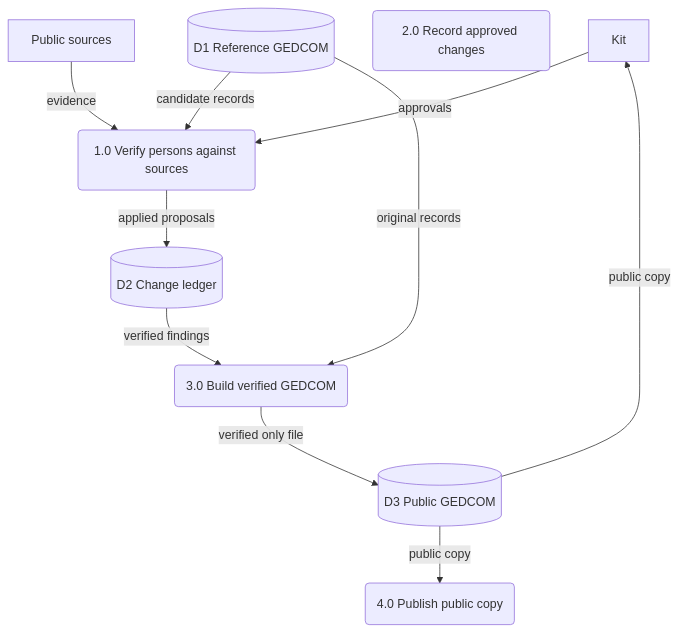
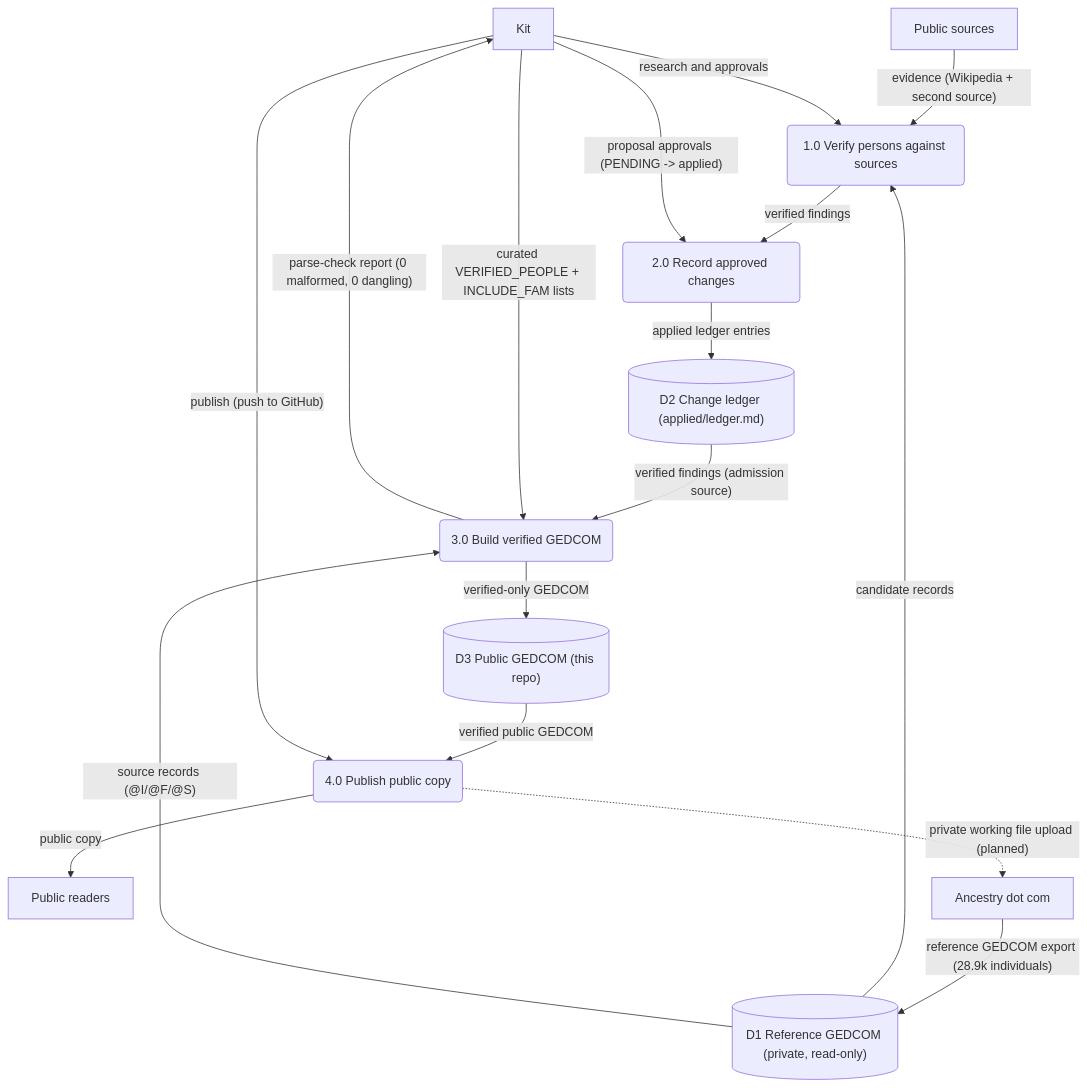
The second of 3 diagrams in docs/architecture.md (cosbykit-afk/genealogy), drawn with Mermaid before and after one commit. The commit also changed other lines of this file, not shown here.

Commit message:
docs: improve architecture diagrams — grounded context, DFD, and ERD

````diff
--- a/docs/architecture.md
+++ b/docs/architecture.md
@@ -23,21 +35,30 @@
 ```mermaid
 flowchart
     E1["Kit"]
     E2["Public sources"]
+    E3["Public readers"]
+    E4["Ancestry dot com"]
     P1("1.0 Verify persons against sources")
     P2("2.0 Record approved changes")
     P3("3.0 Build verified GEDCOM")
     P4("4.0 Publish public copy")
-    D1[("D1 Reference GEDCOM")]
-    D2[("D2 Change ledger")]
-    D3[("D3 Public GEDCOM")]
+    D1[("D1 Reference GEDCOM (private, read-only)")]
+    D2[("D2 Change ledger (applied/ledger.md)")]
+    D3[("D3 Public GEDCOM (this repo)")]
+    E4 -->|"reference GEDCOM export (28.9k individuals)"| D1
     D1 -->|"candidate records"| P1
-    E2 -->|"evidence"| P1
-    E1 -->|"approvals"| P1
-    P1 -->|"applied proposals"| D2
-    D2 -->|"verified findings"| P3
-    D1 -->|"original records"| P3
-    P3 -->|"verified only file"| D3
-    D3 -->|"public copy"| E1
-    D3 -->|"public copy"| P4
+    E2 -->|"evidence (Wikipedia + second source)"| P1
+    E1 -->|"research and approvals"| P1
+    P1 -->|"verified findings"| P2
+    E1 -->|"proposal approvals (PENDING -> applied)"| P2
+    P2 -->|"applied ledger entries"| D2
+    D1 -->|"source records (@I/@F/@S)"| P3
+    D2 -->|"verified findings (admission source)"| P3
+    E1 -->|"curated VERIFIED_PEOPLE + INCLUDE_FAM lists"| P3
+    P3 -->|"verified-only GEDCOM"| D3
+    P3 -->|"parse-check report (0 malformed, 0 dangling)"| E1
+    D3 -->|"verified public GEDCOM"| P4
+    E1 -->|"publish (push to GitHub)"| P4
+    P4 -->|"public copy"| E3
+    P4 -.->|"private working file upload (planned)"| E4
 ```
````
